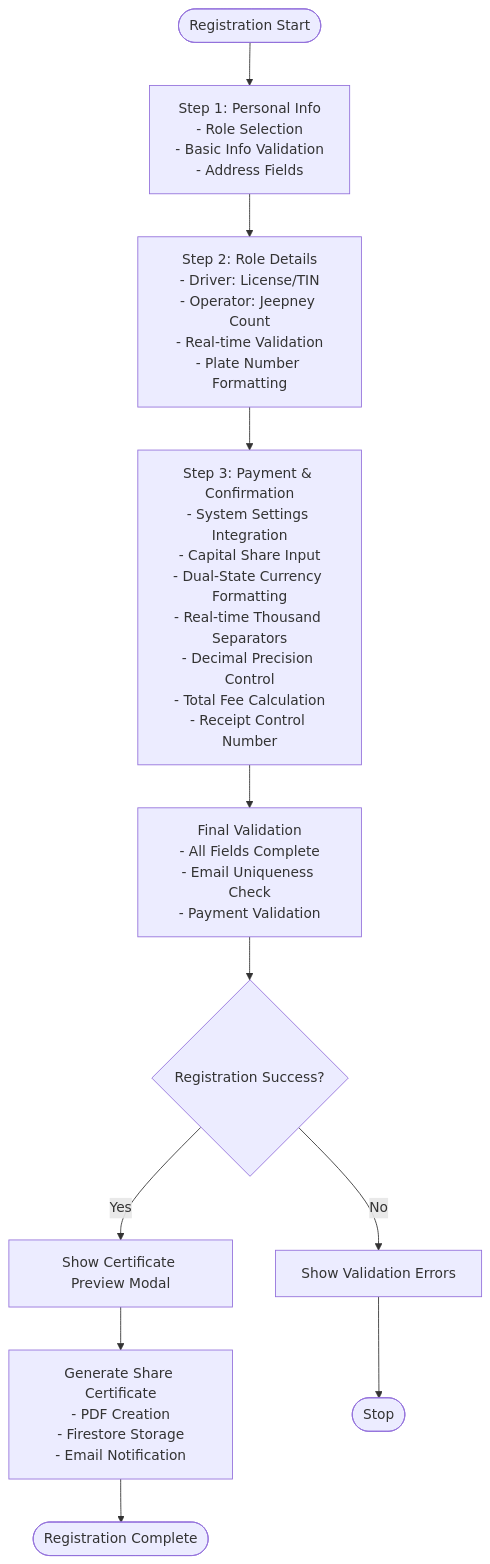
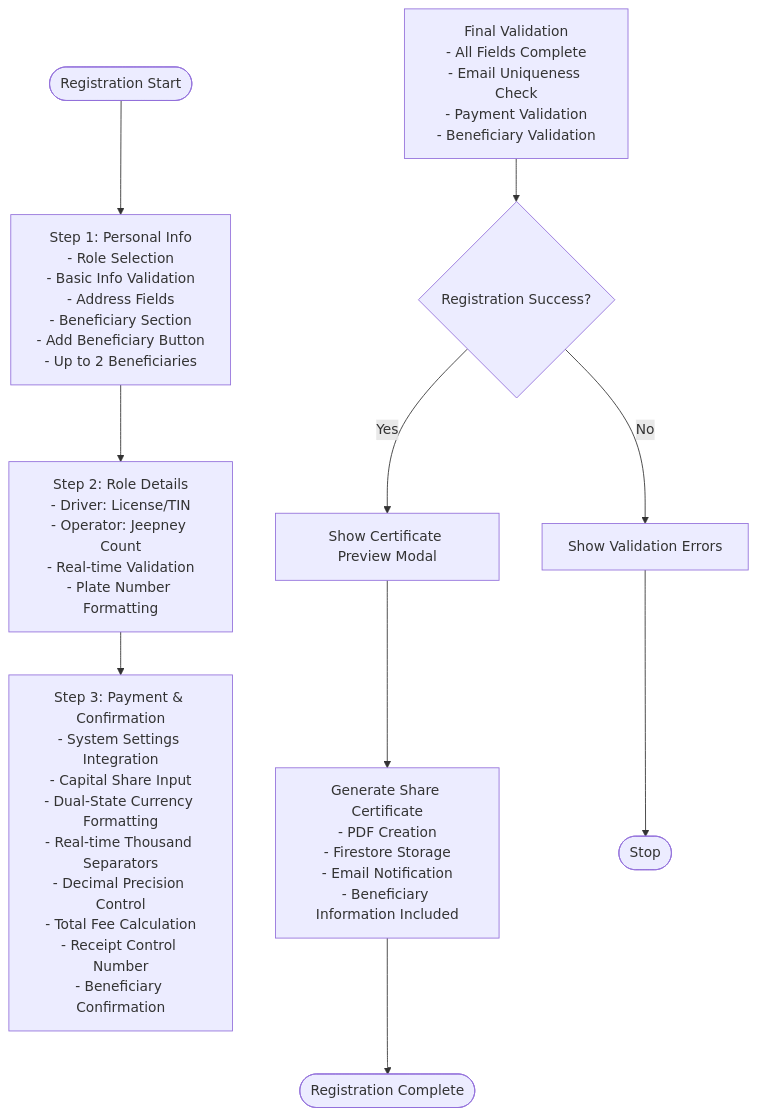
The third of 6 diagrams in .qoder/repowiki/en/content/Member Management System/Member Registration Workflow.md (Unsure-bry/sampacoop_system), drawn with Mermaid before and after one commit. The commit also changed other lines of this file and 5 other files, not shown here.

Commit message:
Update for Pending Capital Share Card

````diff
--- a/.qoder/repowiki/en/content/Member Management System/Member Registration Workflow.md
+++ b/.qoder/repowiki/en/content/Member Management System/Member Registration Workflow.md
@@ -244,13 +261,13 @@
 ```mermaid
 flowchart TD
-Start(["Registration Start"]) --> Step1["Step 1: Personal Info<br/>- Role Selection<br/>- Basic Info Validation<br/>- Address Fields"]
+Start(["Registration Start"]) --> Step1["Step 1: Personal Info<br/>- Role Selection<br/>- Basic Info Validation<br/>- Address Fields<br/>- Beneficiary Section<br/>- Add Beneficiary Button<br/>- Up to 2 Beneficiaries"]
 Step1 --> Step2["Step 2: Role Details<br/>- Driver: License/TIN<br/>- Operator: Jeepney Count<br/>- Real-time Validation<br/>- Plate Number Formatting"]
-Step2 --> Step3["Step 3: Payment & Confirmation<br/>- System Settings Integration<br/>- Capital Share Input<br/>- Dual-State Currency Formatting<br/>- Real-time Thousand Separators<br/>- Decimal Precision Control<br/>- Total Fee Calculation<br/>- Receipt Control Number"]
-Step3 --> Validate["Final Validation<br/>- All Fields Complete<br/>- Email Uniqueness Check<br/>- Payment Validation"]
+Step2 --> Step3["Step 3: Payment & Confirmation<br/>- System Settings Integration<br/>- Capital Share Input<br/>- Dual-State Currency Formatting<br/>- Real-time Thousand Separators<br/>- Decimal Precision Control<br/>- Total Fee Calculation<br/>- Receipt Control Number<br/>- Beneficiary Confirmation"]
+Validate["Final Validation<br/>- All Fields Complete<br/>- Email Uniqueness Check<br/>- Payment Validation<br/>- Beneficiary Validation"]
 Validate --> Success{"Registration Success?"}
 Success --> |Yes| CertificatePreview["Show Certificate Preview Modal"]
 Success --> |No| ShowErrors["Show Validation Errors"]
-CertificatePreview --> GenerateCert["Generate Share Certificate<br/>- PDF Creation<br/>- Firestore Storage<br/>- Email Notification"]
+CertificatePreview --> GenerateCert["Generate Share Certificate<br/>- PDF Creation<br/>- Firestore Storage<br/>- Email Notification<br/>- Beneficiary Information Included"]
 GenerateCert --> Complete(["Registration Complete"])
 ShowErrors --> End(["Stop"])
 ```
````
